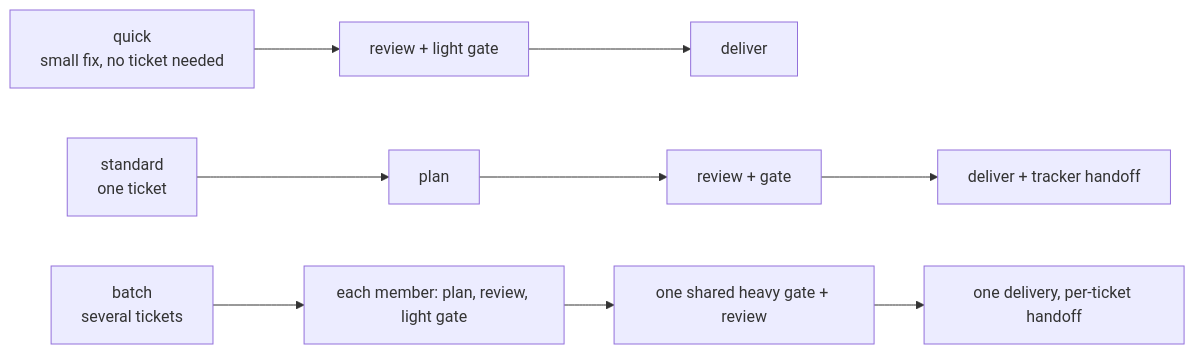
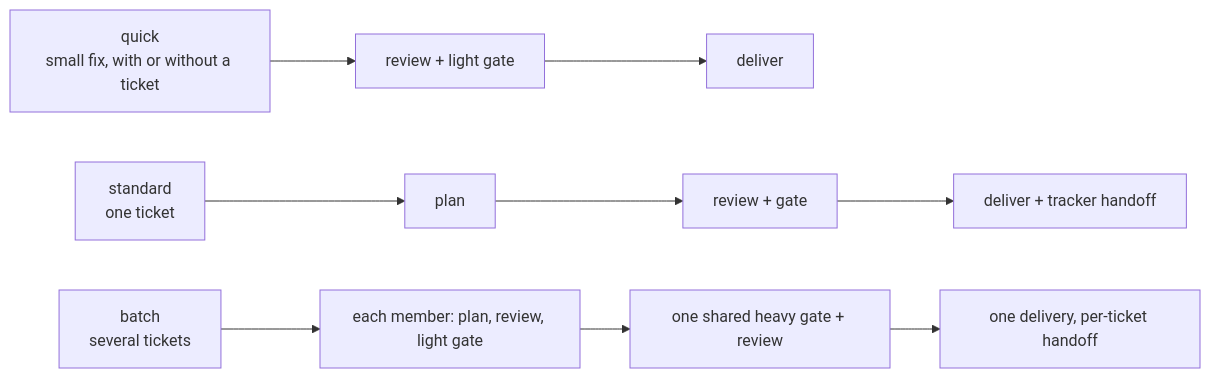
One commit to o-m-a-r-k/agentic-workflow changed the second of 3 diagrams in docs/lifecycle.md. Above: the diagram before and after it, drawn with Mermaid. The commit also changed other lines of this file and 11 other files, not shown here.

Commit message:
feat: a quick fix admitted with a tracker ticket moves that ticket like the standard lane (started, implementing, delivered status and comment); one with no ticket (QF-n) has no tracker steps

````diff
--- a/docs/lifecycle.md
+++ b/docs/lifecycle.md
@@ -135,6 +135,6 @@
 ```mermaid
 flowchart LR
-  Q["quick<br/>small fix, no ticket needed"] --> QG["review + light gate"] --> QD["deliver"]
+  Q["quick<br/>small fix, with or without a ticket"] --> QG["review + light gate"] --> QD["deliver"]
   S["standard<br/>one ticket"] --> SP["plan"] --> SG["review + gate"] --> SD["deliver + tracker handoff"]
   B["batch<br/>several tickets"] --> BM["each member: plan, review, light gate"] --> BG["one shared heavy gate + review"] --> BD["one delivery, per-ticket handoff"]
 ```
````
